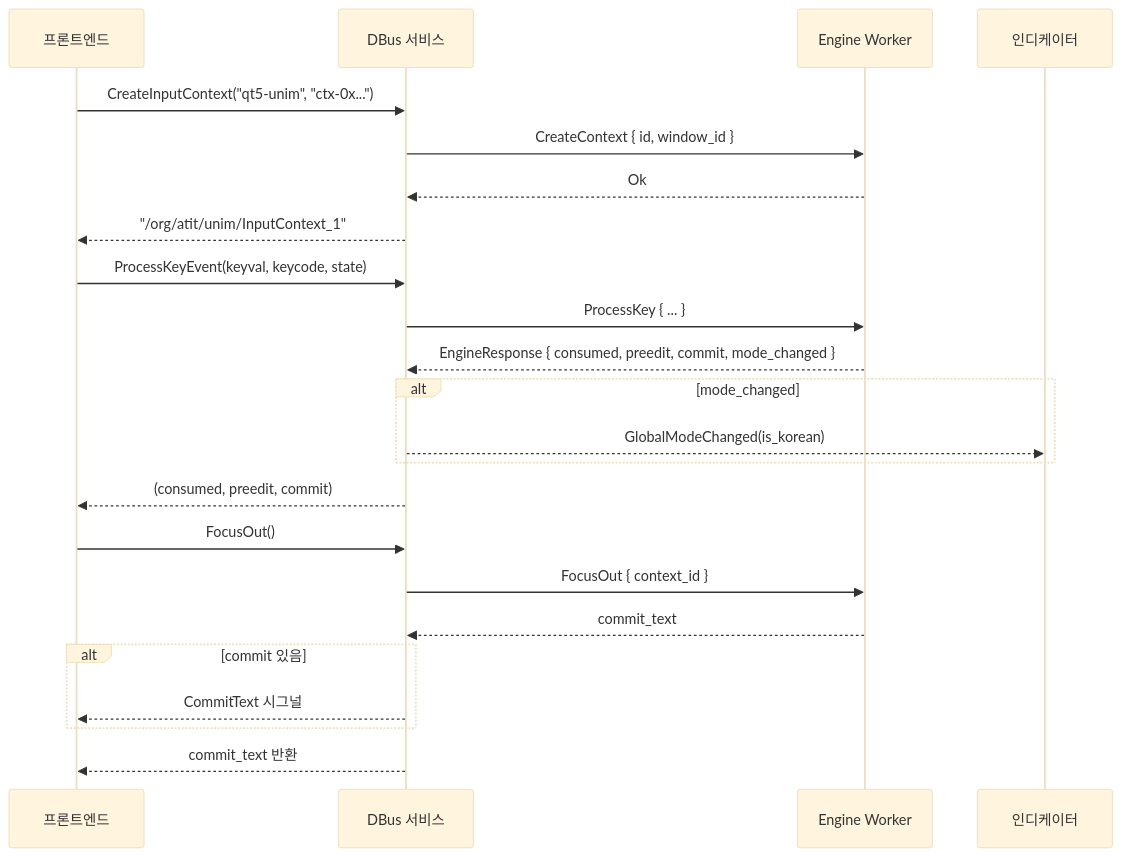
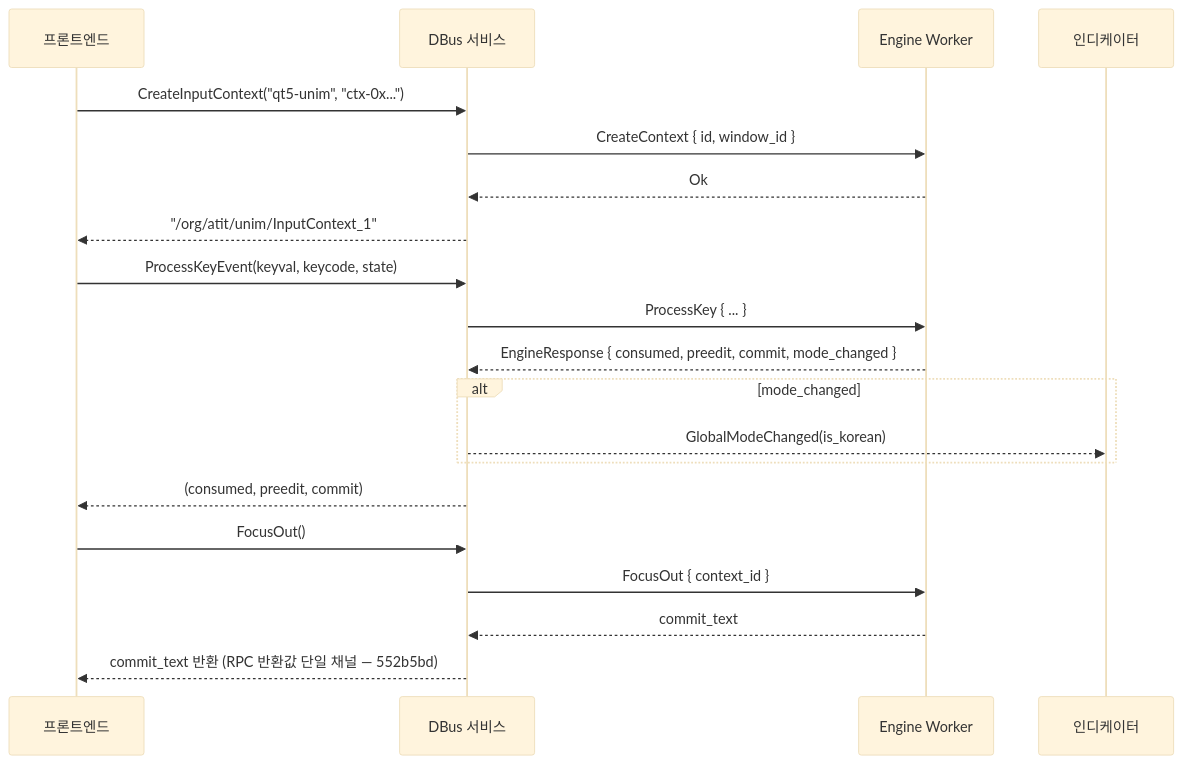
The diagram in unim-dbus/SPEC.md (from104/unim), drawn with Mermaid (base theme) before and after one commit. The commit also changed other lines of this file and 73 other files, not shown here.

````diff
--- a/unim-dbus/SPEC.md
+++ b/unim-dbus/SPEC.md
@@ -413,28 +436,25 @@
 ```mermaid
 sequenceDiagram
     participant FE as 프론트엔드
     participant SVC as DBus 서비스
     participant EW as Engine Worker
     participant IND as 인디케이터
 
     FE->>SVC: CreateInputContext("qt5-unim", "ctx-0x...")
     SVC->>EW: CreateContext { id, window_id }
     EW-->>SVC: Ok
     SVC-->>FE: "/org/atit/unim/InputContext_1"
 
     FE->>SVC: ProcessKeyEvent(keyval, keycode, state)
     SVC->>EW: ProcessKey { ... }
     EW-->>SVC: EngineResponse { consumed, preedit, commit, mode_changed }
     alt mode_changed
         SVC-->>IND: GlobalModeChanged(is_korean)
     end
     SVC-->>FE: (consumed, preedit, commit)
 
     FE->>SVC: FocusOut()
     SVC->>EW: FocusOut { context_id }
     EW-->>SVC: commit_text
-    alt commit 있음
-        SVC-->>FE: CommitText 시그널
-    end
-    SVC-->>FE: commit_text 반환
+    SVC-->>FE: commit_text 반환 (RPC 반환값 단일 채널 — 552b5bd)
 ```
````
